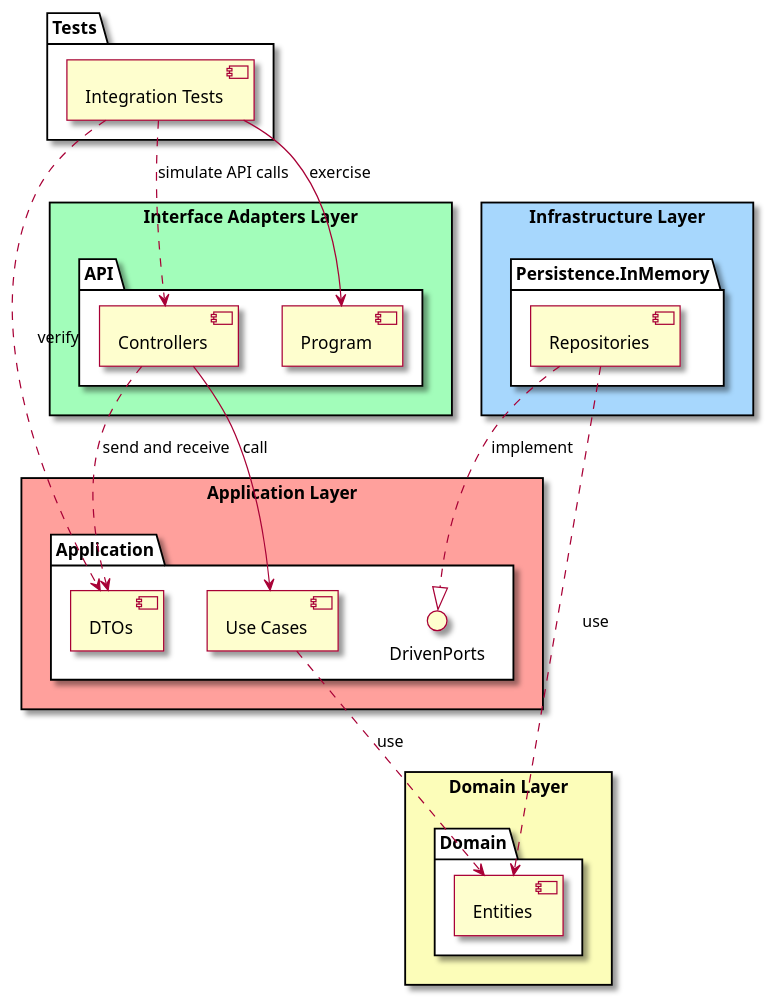
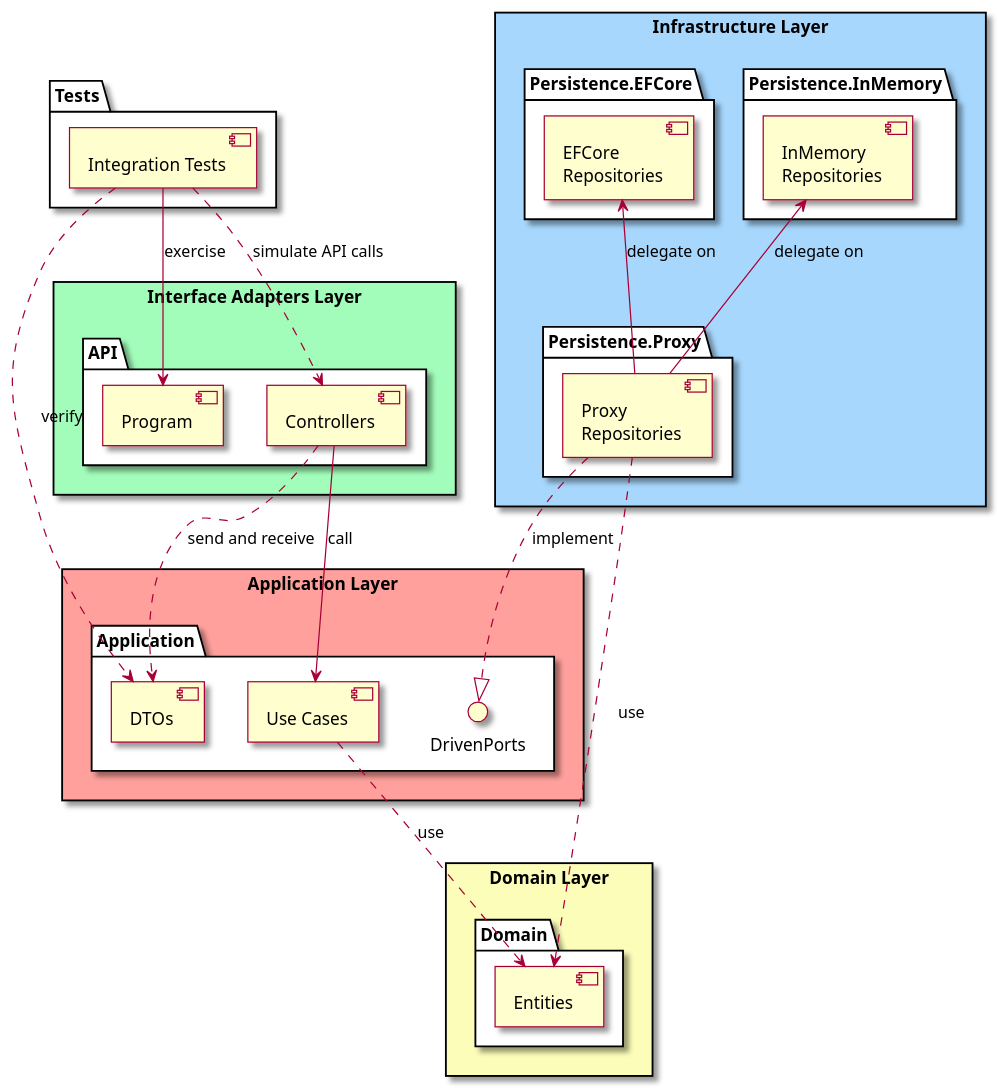
The diagram in docs/Diagrams/Architecture.puml (kahsez/KanbanBoard), drawn with PlantUML before and after one commit. The commit also changed 2 other files, not shown here.

Commit message:
docs: new persistence in architecture diagram

```diff
--- a/docs/Diagrams/Architecture.puml
+++ b/docs/Diagrams/Architecture.puml
@@ -1,61 +1,69 @@
 @startuml
 'https://plantuml.com/deployment-diagram
 skin rose
 
 skinparam package {
   BackgroundColor white
 }
 
 rectangle "Domain Layer" #fcfdb9 {
     package "Domain" {
         [Entities]
     }
 }
 
 rectangle "Application Layer" #ffa09c {
     package "Application" {
         interface DrivenPorts
         [Use Cases]
         [DTOs]
     }
 }
 
 rectangle "Interface Adapters Layer" #a2fdba {
     package "API" {
         [Controllers]
         [Program]
     }
 }
 
 rectangle "Infrastructure Layer" #a7d7fd {
     package "Persistence.InMemory" {
-        [Repositories]
+        [InMemory\nRepositories]
+    }
+    package "Persistence.EFCore" {
+            [EFCore\nRepositories]
+    }
+    package "Persistence.Proxy" {
+                [Proxy\nRepositories]
     }
 }
 
 package "Tests" {
     [Integration Tests]
 }
 
 ' Application depends on Domain
 [Use Cases] ..> [Entities] : use
 
 ' API calls into Application Use Cases
 [Controllers] --> [Use Cases] : call
 [Controllers] ..> [DTOs] : send and receive
 
 ' Persistence implements abstractions defined in Domain/Application
-[Repositories] ..> [Entities] : use
-[Repositories] ..|> DrivenPorts : implement
+[Proxy\nRepositories] ..> [Entities] : use
+[Proxy\nRepositories] ..|> DrivenPorts : implement
+[Proxy\nRepositories] -u-> [InMemory\nRepositories] : delegate on
+[Proxy\nRepositories] -u-> [EFCore\nRepositories] : delegate on
 
 ' The Program (in API) wires up dependencies.
 '[Program] --> [DrivenPorts]
 '[Program] --> [Repositories]
 '[Program] --> [Controllers]
 
 ' Integration tests interact with the entry point (API) to verify end-to-end flows
 [Integration Tests] --> [Program] : exercise
 [Integration Tests] ..> [Controllers] : simulate API calls
 [Integration Tests] ..> [DTOs] : verify
 
 @enduml
```
